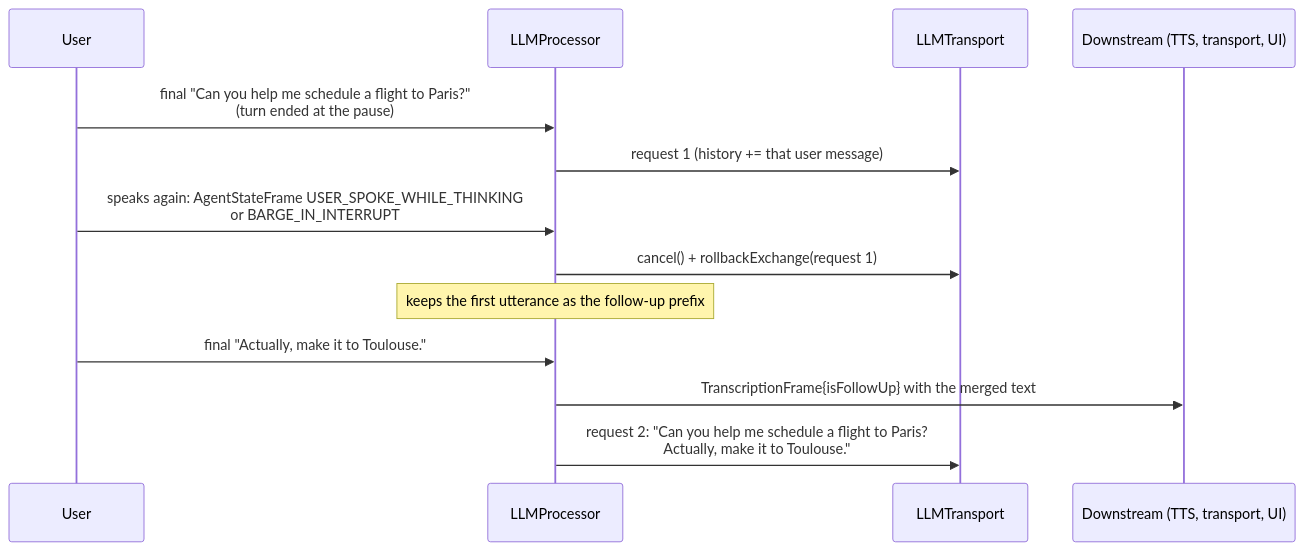
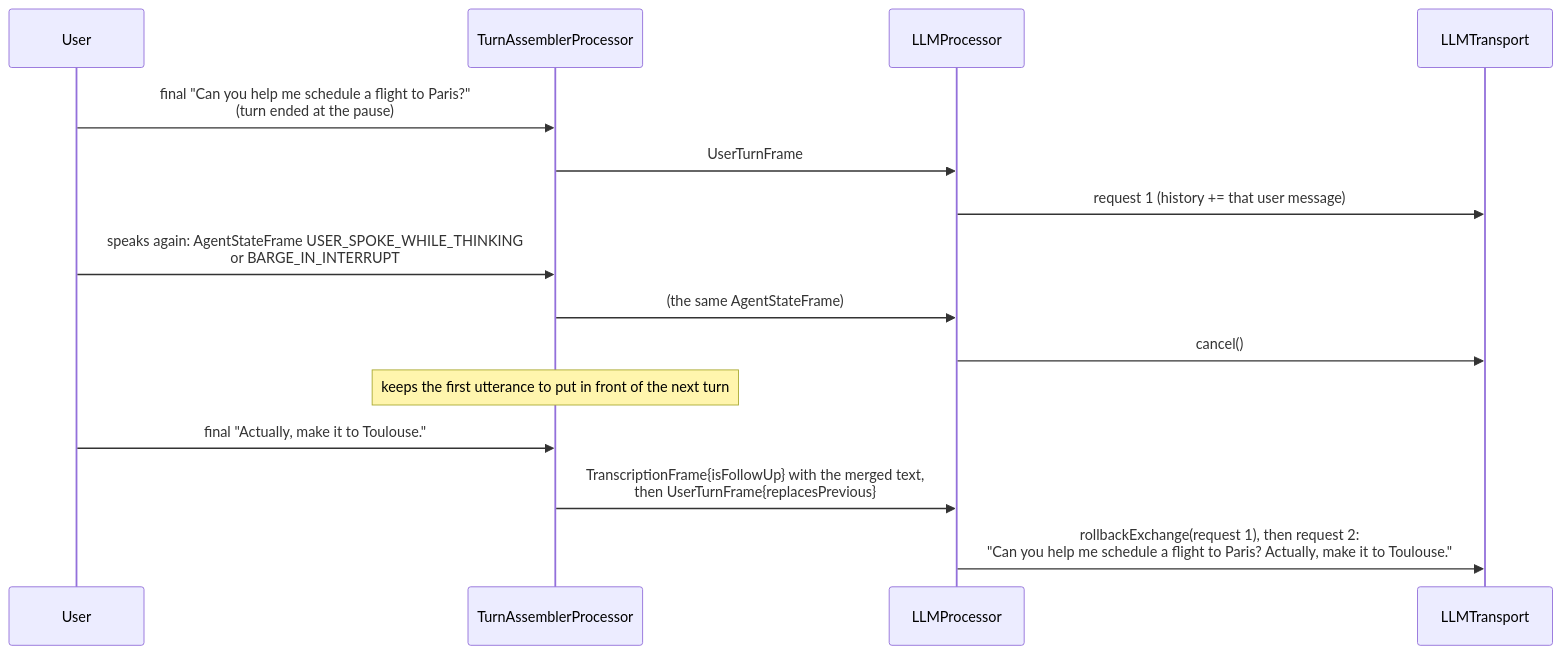
The second of 2 diagrams in docs/reference/llm.md (fatehmtd/VASDK), drawn with Mermaid before and after one commit. The commit also changed other lines of this file and 16 other files, not shown here.

First line of the commit message:
refactor: Assemble user turns in TurnAssemblerProcessor instead of LLMProcessor

````diff
--- a/docs/reference/llm.md
+++ b/docs/reference/llm.md
@@ -109,15 +109,17 @@
 ```mermaid
 sequenceDiagram
     participant U as User
+    participant A as TurnAssemblerProcessor
     participant L as LLMProcessor
     participant T as LLMTransport
-    participant O as Downstream (TTS, transport, UI)
-    U->>L: final "Can you help me schedule a flight to Paris?"<br/>(turn ended at the pause)
+    U->>A: final "Can you help me schedule a flight to Paris?"<br/>(turn ended at the pause)
+    A->>L: UserTurnFrame
     L->>T: request 1 (history += that user message)
-    U->>L: speaks again: AgentStateFrame USER_SPOKE_WHILE_THINKING<br/>or BARGE_IN_INTERRUPT
-    L->>T: cancel() + rollbackExchange(request 1)
-    Note over L: keeps the first utterance as the follow-up prefix
-    U->>L: final "Actually, make it to Toulouse."
-    L->>O: TranscriptionFrame{isFollowUp} with the merged text
-    L->>T: request 2: "Can you help me schedule a flight to Paris?<br/>Actually, make it to Toulouse."
+    U->>A: speaks again: AgentStateFrame USER_SPOKE_WHILE_THINKING<br/>or BARGE_IN_INTERRUPT
+    A->>L: (the same AgentStateFrame)
+    L->>T: cancel()
+    Note over A: keeps the first utterance to put in front of the next turn
+    U->>A: final "Actually, make it to Toulouse."
+    A->>L: TranscriptionFrame{isFollowUp} with the merged text,<br/>then UserTurnFrame{replacesPrevious}
+    L->>T: rollbackExchange(request 1), then request 2:<br/>"Can you help me schedule a flight to Paris? Actually, make it to Toulouse."
 ```
````
